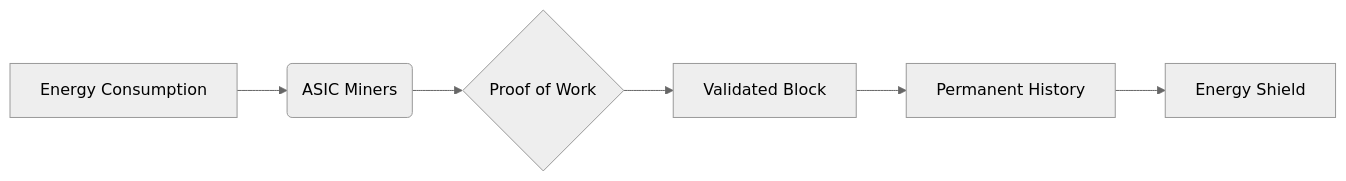
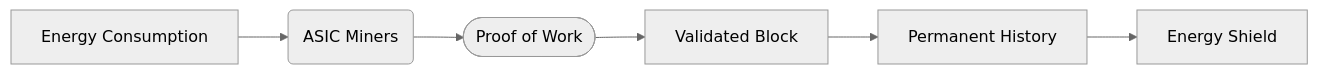
Before and after one commit to annabraun015-stack/krypto-watch: the diagram in src/content/blog/en/role-of-miners-bitcoin-security.mdx, drawn with Mermaid (neutral theme). The commit also changed 10 other files, not shown here.

```diff
--- a/src/content/blog/en/role-of-miners-bitcoin-security.mdx
+++ b/src/content/blog/en/role-of-miners-bitcoin-security.mdx
@@ -62,8 +62,8 @@
 <div class="mermaid">
 graph LR
     A[Energy Consumption] --> B(ASIC Miners)
-    B --> C{Proof of Work}
+    B --> C([Proof of Work])
     C --> D[Validated Block]
     D --> E[Permanent History]
     E --> F[Energy Shield]
 </div>
```
